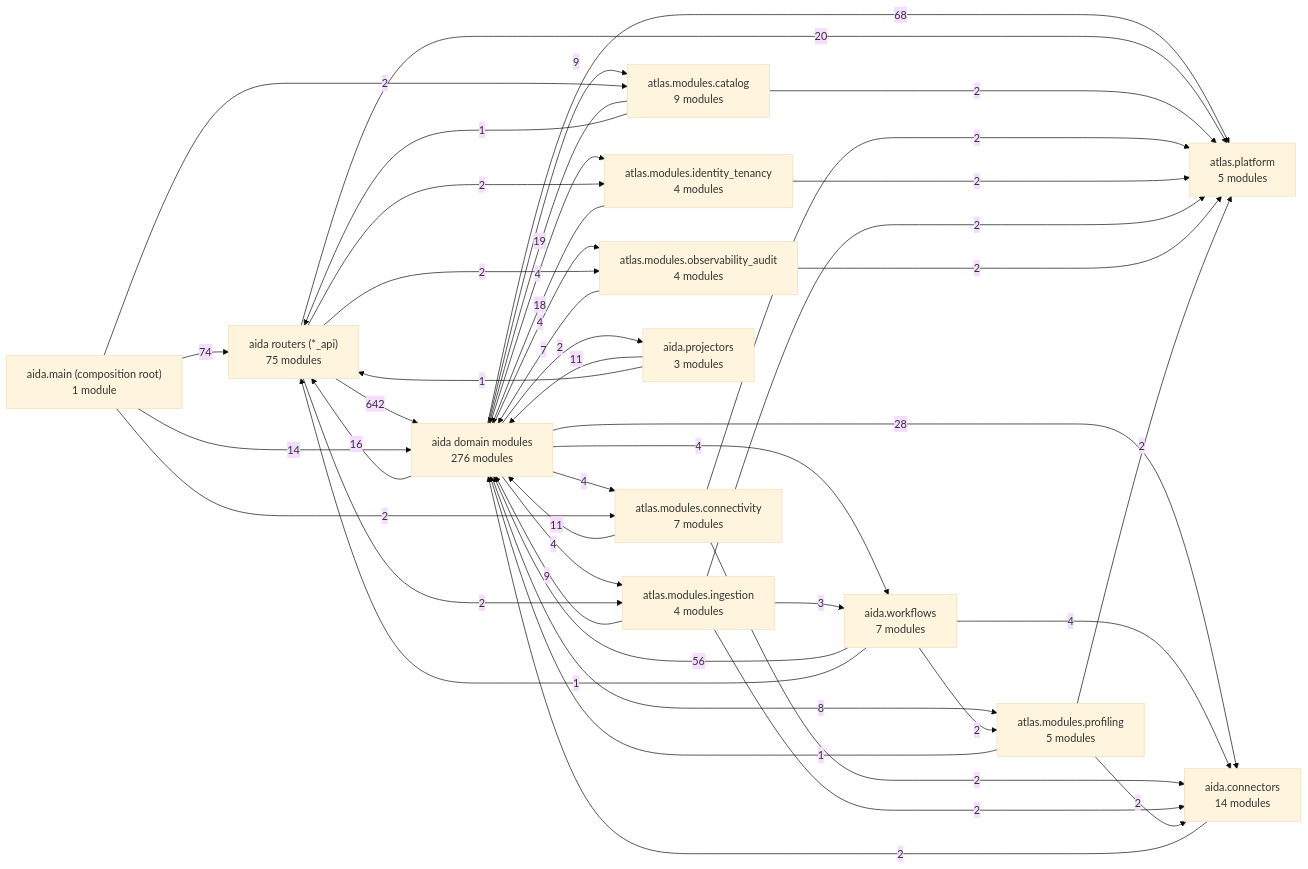
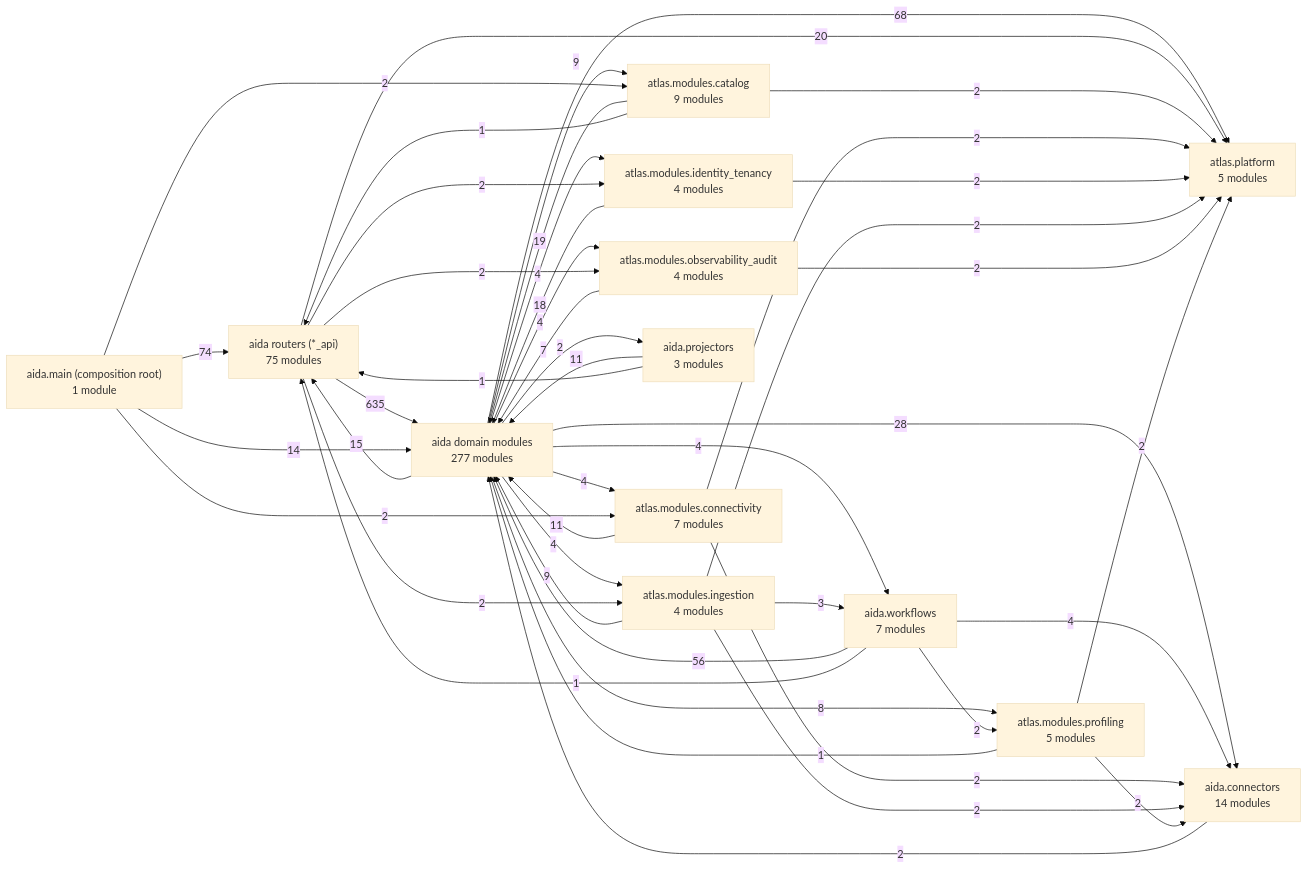
Before and after one commit to karuppusamym/AIDataAnalyst: the first of 3 diagrams in Docs/10-architecture/14-generated-architecture-map.md, drawn with Mermaid (base theme). The commit also changed other lines of this file, not shown here.

First line of the commit message:
Regenerate the architecture map: 418 modules, and governed_execution no longer imports a router

````diff
--- a/Docs/10-architecture/14-generated-architecture-map.md
+++ b/Docs/10-architecture/14-generated-architecture-map.md
@@ -48,60 +48,60 @@
 ```mermaid
 graph LR
   app["aida.main (composition root)<br/>1 module"]
   routers["aida routers (*_api)<br/>75 modules"]
-  domain["aida domain modules<br/>276 modules"]
+  domain["aida domain modules<br/>277 modules"]
   ctx_catalog["atlas.modules.catalog<br/>9 modules"]
   ctx_connectivity["atlas.modules.connectivity<br/>7 modules"]
   ctx_identity_tenancy["atlas.modules.identity_tenancy<br/>4 modules"]
   ctx_ingestion["atlas.modules.ingestion<br/>4 modules"]
   ctx_observability_audit["atlas.modules.observability_audit<br/>4 modules"]
   ctx_profiling["atlas.modules.profiling<br/>5 modules"]
   connectors["aida.connectors<br/>14 modules"]
   workflows["aida.workflows<br/>7 modules"]
   projectors["aida.projectors<br/>3 modules"]
   platform["atlas.platform<br/>5 modules"]
-  routers -->|642| domain
+  routers -->|635| domain
   app -->|74| routers
   domain -->|68| platform
   workflows -->|56| domain
   domain -->|28| connectors
   routers -->|20| platform
   ctx_catalog -->|19| domain
   ctx_identity_tenancy -->|18| domain
-  domain -->|16| routers
+  domain -->|15| routers
   app -->|14| domain
   ctx_connectivity -->|11| domain
   projectors -->|11| domain
   ctx_ingestion -->|9| domain
   domain -->|9| ctx_catalog
   domain -->|8| ctx_profiling
   ctx_observability_audit -->|7| domain
   domain -->|4| ctx_connectivity
   domain -->|4| ctx_identity_tenancy
   domain -->|4| ctx_ingestion
   domain -->|4| ctx_observability_audit
   domain -->|4| workflows
   workflows -->|4| connectors
   ctx_ingestion -->|3| workflows
   app -->|2| ctx_catalog
   app -->|2| ctx_connectivity
   connectors -->|2| domain
   ctx_catalog -->|2| platform
   ctx_connectivity -->|2| connectors
   ctx_connectivity -->|2| platform
   ctx_identity_tenancy -->|2| platform
   ctx_ingestion -->|2| connectors
   ctx_ingestion -->|2| platform
   ctx_observability_audit -->|2| platform
   ctx_profiling -->|2| connectors
   ctx_profiling -->|2| platform
   domain -->|2| projectors
   routers -->|2| ctx_identity_tenancy
   routers -->|2| ctx_ingestion
   routers -->|2| ctx_observability_audit
   workflows -->|2| ctx_profiling
   ctx_catalog -->|1| routers
   ctx_profiling -->|1| domain
   projectors -->|1| routers
   workflows -->|1| routers
 ```
````
